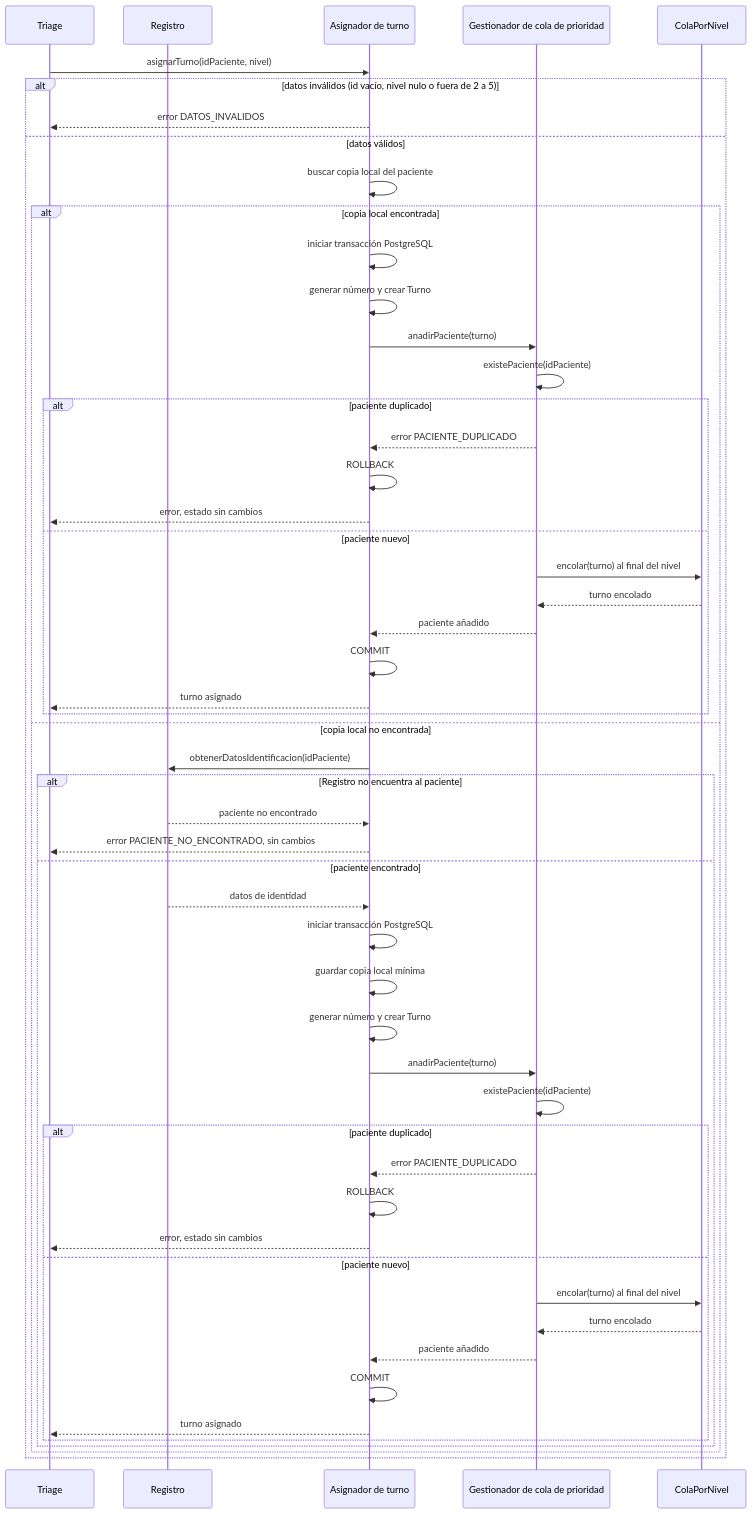
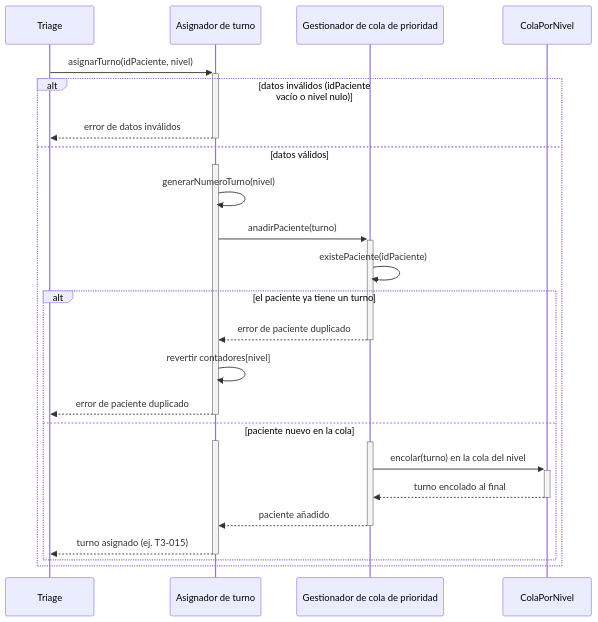
The first of 3 diagrams in docs/design/02_Interaction_and_Data_Design.md (Dielix22/Dinez), drawn with Mermaid before and after one commit. The commit also changed other lines of this file, not shown here.

````diff
--- a/docs/design/02_Interaction_and_Data_Design.md
+++ b/docs/design/02_Interaction_and_Data_Design.md
@@ -19,56 +20,29 @@
 ```mermaid
 sequenceDiagram
     participant TR as Triage
-    participant REG as Registro
     participant AT as Asignador de turno
     participant GC as Gestionador de cola de prioridad
     participant CN as ColaPorNivel
 
-    TR->>AT: asignarTurno(idPaciente, nivel)
-    alt datos inválidos (id vacío, nivel nulo o fuera de 2 a 5)
-        AT-->>TR: error DATOS_INVALIDOS
+    TR->>+AT: asignarTurno(idPaciente, nivel)
+    alt datos inválidos (idPaciente vacío o nivel nulo)
+        AT-->>-TR: error de datos inválidos
     else datos válidos
-        AT->>AT: buscar copia local del paciente
-        alt copia local encontrada
-            AT->>AT: iniciar transacción PostgreSQL
-            AT->>AT: generar número y crear Turno
-            AT->>GC: anadirPaciente(turno)
-            GC->>GC: existePaciente(idPaciente)
-            alt paciente duplicado
-                GC-->>AT: error PACIENTE_DUPLICADO
-                AT->>AT: ROLLBACK
-                AT-->>TR: error, estado sin cambios
-            else paciente nuevo
-                GC->>CN: encolar(turno) al final del nivel
-                CN-->>GC: turno encolado
-                GC-->>AT: paciente añadido
-                AT->>AT: COMMIT
-                AT-->>TR: turno asignado
-            end
-        else copia local no encontrada
-            AT->>REG: obtenerDatosIdentificacion(idPaciente)
-            alt Registro no encuentra al paciente
-                REG-->>AT: paciente no encontrado
-                AT-->>TR: error PACIENTE_NO_ENCONTRADO, sin cambios
-            else paciente encontrado
-                REG-->>AT: datos de identidad
-                AT->>AT: iniciar transacción PostgreSQL
-                AT->>AT: guardar copia local mínima
-                AT->>AT: generar número y crear Turno
-                AT->>GC: anadirPaciente(turno)
-                GC->>GC: existePaciente(idPaciente)
-                alt paciente duplicado
-                    GC-->>AT: error PACIENTE_DUPLICADO
-                    AT->>AT: ROLLBACK
-                    AT-->>TR: error, estado sin cambios
-                else paciente nuevo
-                    GC->>CN: encolar(turno) al final del nivel
-                    CN-->>GC: turno encolado
-                    GC-->>AT: paciente añadido
-                    AT->>AT: COMMIT
-                    AT-->>TR: turno asignado
-                end
-            end
+        activate AT
+        AT->>AT: generarNumeroTurno(nivel)
+        AT->>+GC: anadirPaciente(turno)
+        GC->>GC: existePaciente(idPaciente)
+        alt el paciente ya tiene un turno
+            GC-->>-AT: error de paciente duplicado
+            AT->>AT: revertir contadores[nivel]
+            AT-->>-TR: error de paciente duplicado
+        else paciente nuevo en la cola
+            activate AT
+            activate GC
+            GC->>+CN: encolar(turno) en la cola del nivel
+            CN-->>-GC: turno encolado al final
+            GC-->>-AT: paciente añadido
+            AT-->>-TR: turno asignado (ej. T3-015)
         end
     end
 ```
````
